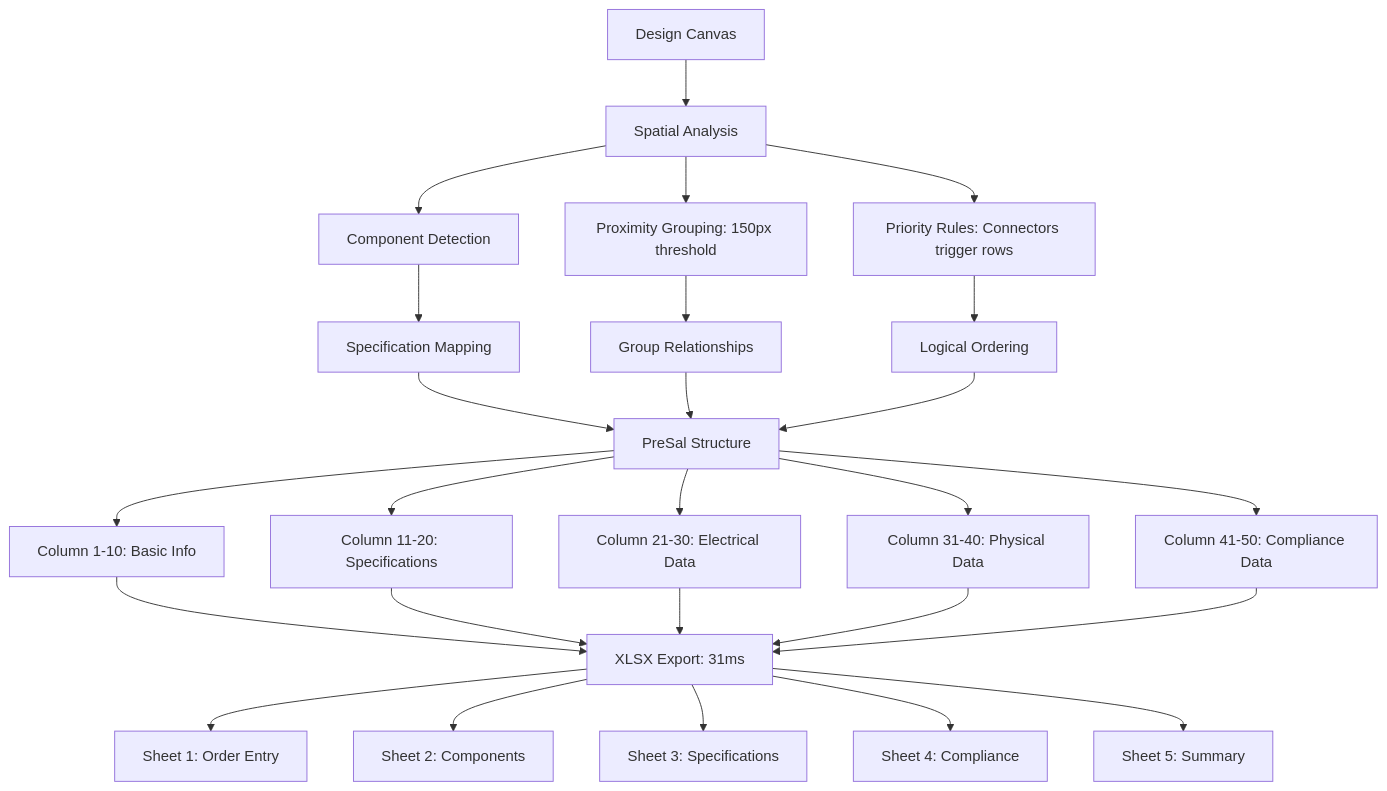
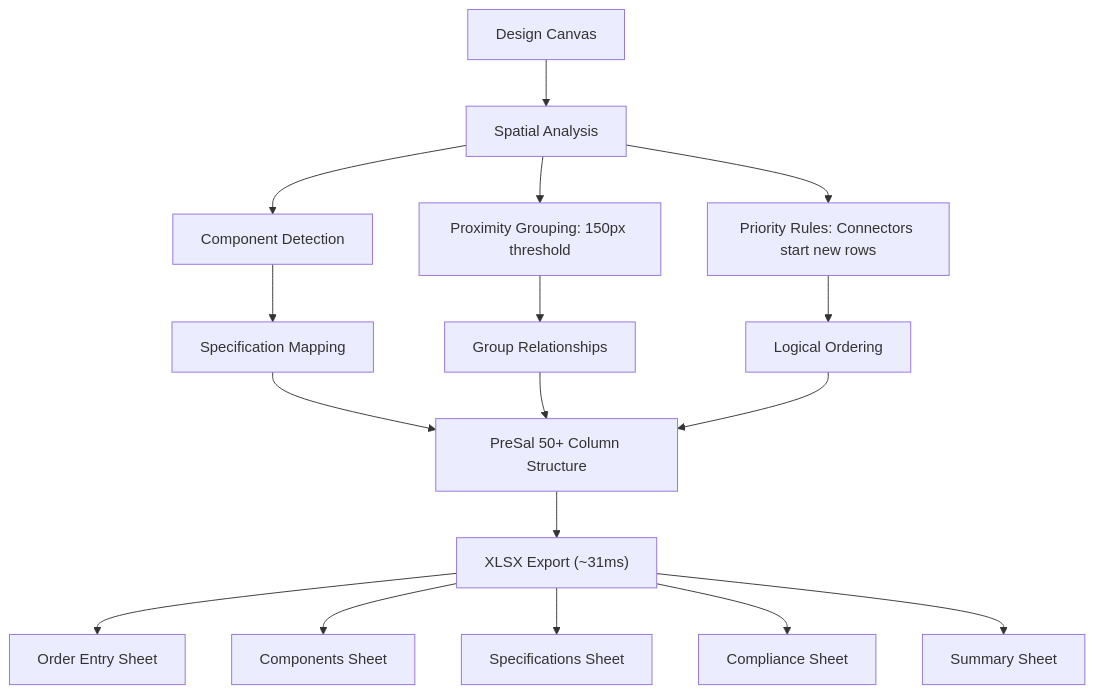
One commit to CSchotborgh/PowerWhipConfig changed the first of 6 diagrams in README.md. Above: the diagram before and after it, drawn with Mermaid. The commit also changed other lines of this file and 1 other file, not shown here.

````diff
--- a/README.md
+++ b/README.md
@@ -196,33 +73,22 @@
 ```mermaid
 flowchart TD
     DC[Design Canvas] --> SA[Spatial Analysis]
     SA --> CD[Component Detection]
-    SA --> PG[Proximity Grouping: 150px threshold]
-    SA --> PR[Priority Rules: Connectors trigger rows]
-    
+    SA --> PG["Proximity Grouping: 150px threshold"]
+    SA --> PR["Priority Rules: Connectors start new rows"]
+
     CD --> SM[Specification Mapping]
-    PG --> GR[Group Relationships]  
+    PG --> GR[Group Relationships]
     PR --> LO[Logical Ordering]
-    
-    SM --> PS[PreSal Structure]
+
+    SM --> PS[PreSal 50+ Column Structure]
     GR --> PS
     LO --> PS
-    
-    PS --> C1[Column 1-10: Basic Info]
-    PS --> C2[Column 11-20: Specifications]
-    PS --> C3[Column 21-30: Electrical Data]
-    PS --> C4[Column 31-40: Physical Data]
-    PS --> C5[Column 41-50: Compliance Data]
-    
-    C1 --> EX[XLSX Export: 31ms]
-    C2 --> EX
-    C3 --> EX
-    C4 --> EX
-    C5 --> EX
-    
-    EX --> S1[Sheet 1: Order Entry]
-    EX --> S2[Sheet 2: Components]
-    EX --> S3[Sheet 3: Specifications]
-    EX --> S4[Sheet 4: Compliance]
-    EX --> S5[Sheet 5: Summary]
+
+    PS --> EX["XLSX Export (~31ms)"]
+    EX --> S1[Order Entry Sheet]
+    EX --> S2[Components Sheet]
+    EX --> S3[Specifications Sheet]
+    EX --> S4[Compliance Sheet]
+    EX --> S5[Summary Sheet]
 ```
````
